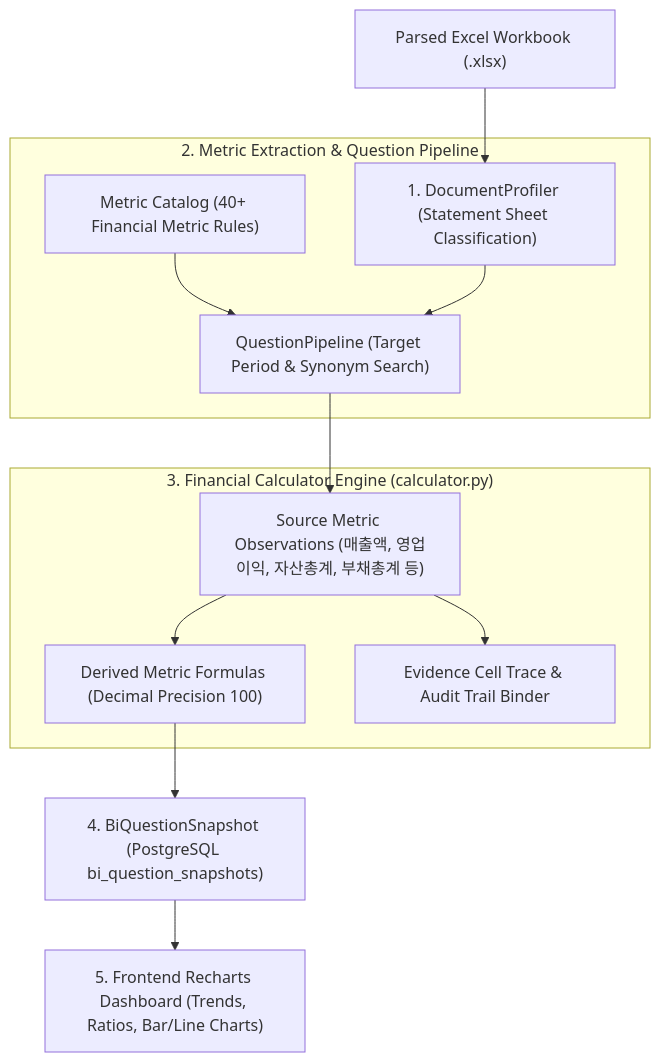
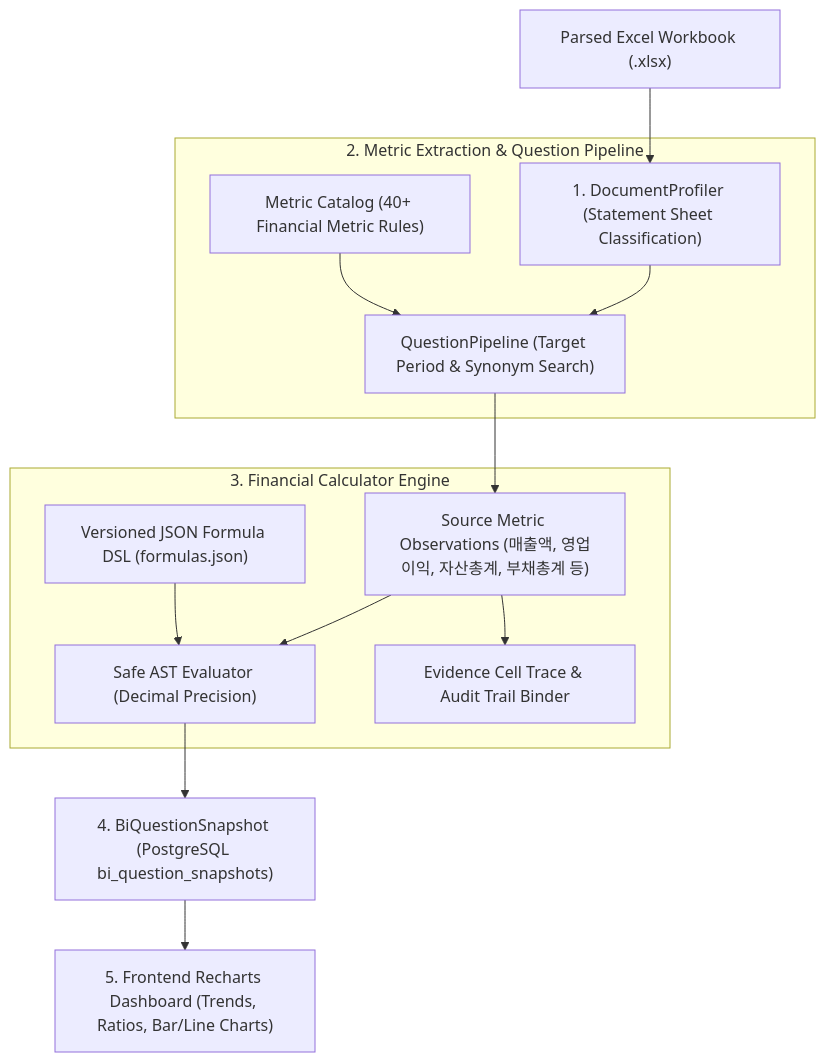
One commit to bist-mini-final/bist-mini-final changed the diagram in docs/blueprints/04_workspace_blueprints/BP-403_ws_financial_bi_analytics.md. Above: the diagram before and after it, drawn with Mermaid. The commit also changed other lines of this file and 138 other files, not shown here.

````diff
--- a/docs/blueprints/04_workspace_blueprints/BP-403_ws_financial_bi_analytics.md
+++ b/docs/blueprints/04_workspace_blueprints/BP-403_ws_financial_bi_analytics.md
@@ -11,23 +11,25 @@
 ```mermaid
 flowchart TD
     WORKBOOK["Parsed Excel Workbook (.xlsx)"] --> PROFILER["1. DocumentProfiler (Statement Sheet Classification)"]
     
     subgraph ExtractionPhase ["2. Metric Extraction & Question Pipeline"]
         CATALOG["Metric Catalog (40+ Financial Metric Rules)"]
         QP["QuestionPipeline (Target Period & Synonym Search)"]
         CATALOG --> QP
         PROFILER --> QP
     end
 
     QP --> RAW_METRICS["Source Metric Observations (매출액, 영업이익, 자산총계, 부채총계 등)"]
     
-    subgraph CalcEngine ["3. Financial Calculator Engine (calculator.py)"]
-        FORMULA["Derived Metric Formulas (Decimal Precision 100)"]
+    subgraph CalcEngine ["3. Financial Calculator Engine"]
+        DSL["Versioned JSON Formula DSL (formulas.json)"]
+        FORMULA["Safe AST Evaluator (Decimal Precision)"]
         EVIDENCE["Evidence Cell Trace & Audit Trail Binder"]
+        DSL --> FORMULA
         RAW_METRICS --> FORMULA
         RAW_METRICS --> EVIDENCE
     end
 
     FORMULA --> SNAPSHOT["4. BiQuestionSnapshot (PostgreSQL bi_question_snapshots)"]
     SNAPSHOT --> RECHARTS["5. Frontend Recharts Dashboard (Trends, Ratios, Bar/Line Charts)"]
 ```
````
